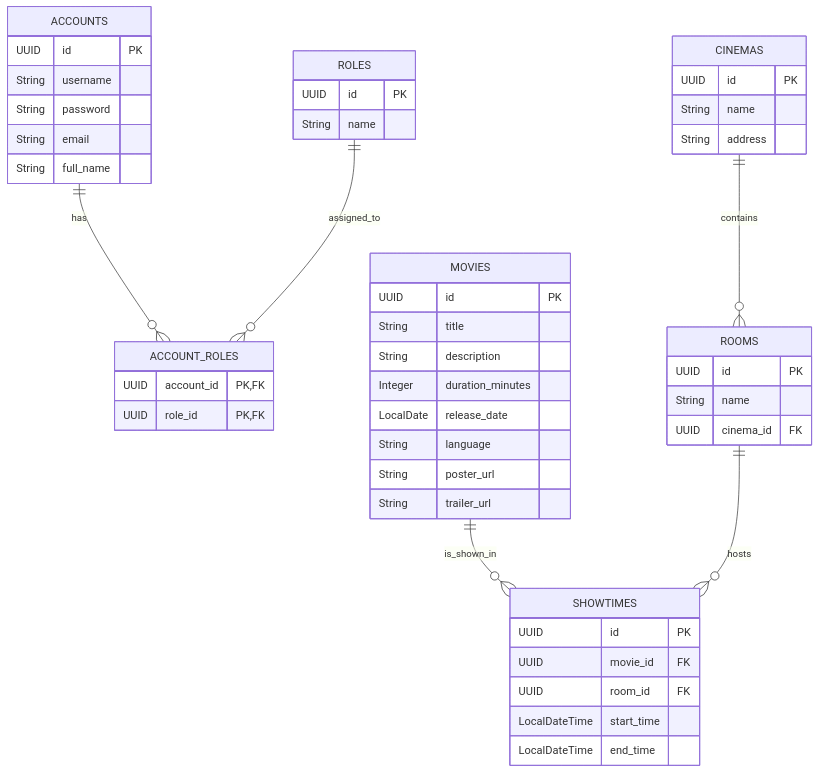
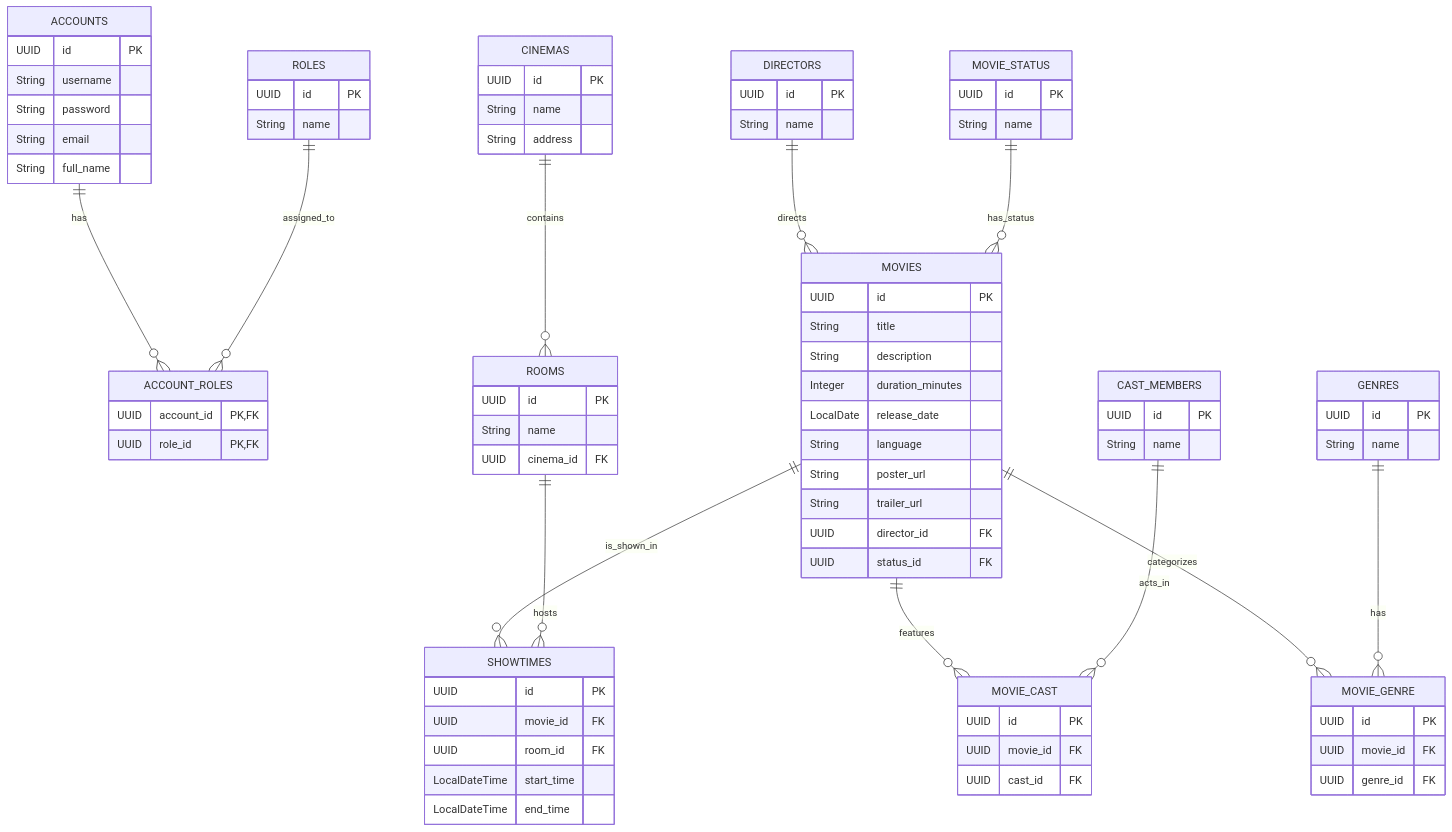
The diagram in docs/DATABASE.md (khanh071006/Movie-Ticket-Booking-System-), drawn with Mermaid before and after one commit. The commit also changed other lines of this file and 9 other files, not shown here.

Commit message:
feat: implement database for entity : castmember,genre,moviestatus,director

````diff
--- a/docs/DATABASE.md
+++ b/docs/DATABASE.md
@@ -41,6 +41,40 @@
         String language
         String poster_url
         String trailer_url
+        UUID director_id FK
+        UUID status_id FK
+    }
+
+    DIRECTORS {
+        UUID id PK
+        String name
+    }
+
+    MOVIE_STATUS {
+        UUID id PK
+        String name
+    }
+
+    CAST_MEMBERS {
+        UUID id PK
+        String name
+    }
+
+    GENRES {
+        UUID id PK
+        String name
+    }
+
+    MOVIE_CAST {
+        UUID id PK
+        UUID movie_id FK
+        UUID cast_id FK
+    }
+
+    MOVIE_GENRE {
+        UUID id PK
+        UUID movie_id FK
+        UUID genre_id FK
     }
 
     CINEMAS {
@@ -68,4 +102,10 @@
     CINEMAS ||--o{ ROOMS : "contains"
     MOVIES ||--o{ SHOWTIMES : "is_shown_in"
     ROOMS ||--o{ SHOWTIMES : "hosts"
+    MOVIES ||--o{ MOVIE_CAST : "features"
+    CAST_MEMBERS ||--o{ MOVIE_CAST : "acts_in"
+    MOVIES ||--o{ MOVIE_GENRE : "categorizes"
+    GENRES ||--o{ MOVIE_GENRE : "has"
+    DIRECTORS ||--o{ MOVIES : "directs"
+    MOVIE_STATUS ||--o{ MOVIES : "has_status"
 ```
````
